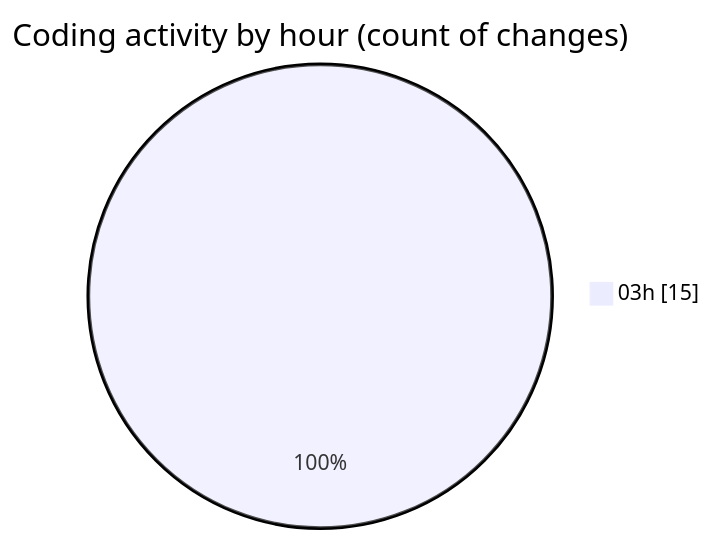
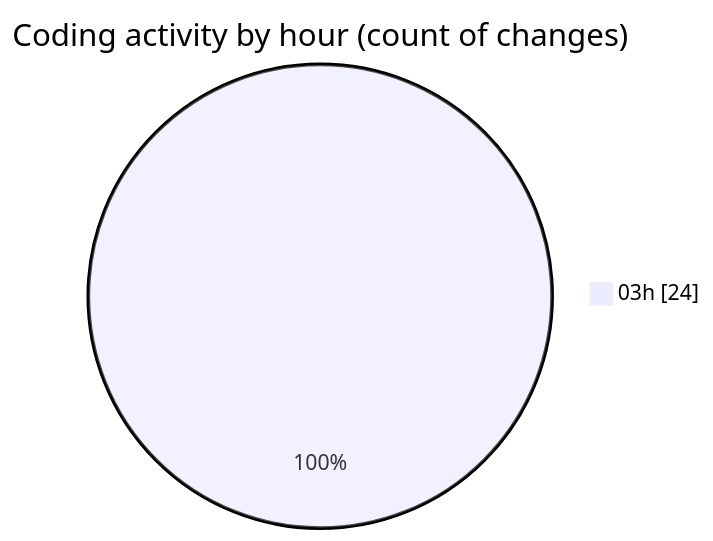
Before and after one commit to lephambinh05/code-tracking: the second of 2 diagrams in 2025-09-13/napxuvn/README.md, drawn with Mermaid. The commit also changed other lines of this file and 1 other file, not shown here.

````diff
--- a/2025-09-13/napxuvn/README.md
+++ b/2025-09-13/napxuvn/README.md
@@ -36,5 +37,5 @@
 ```mermaid
 pie showData
 title Coding activity by hour (count of changes)
-"03h" : 15
+"03h" : 24
 ```
````
